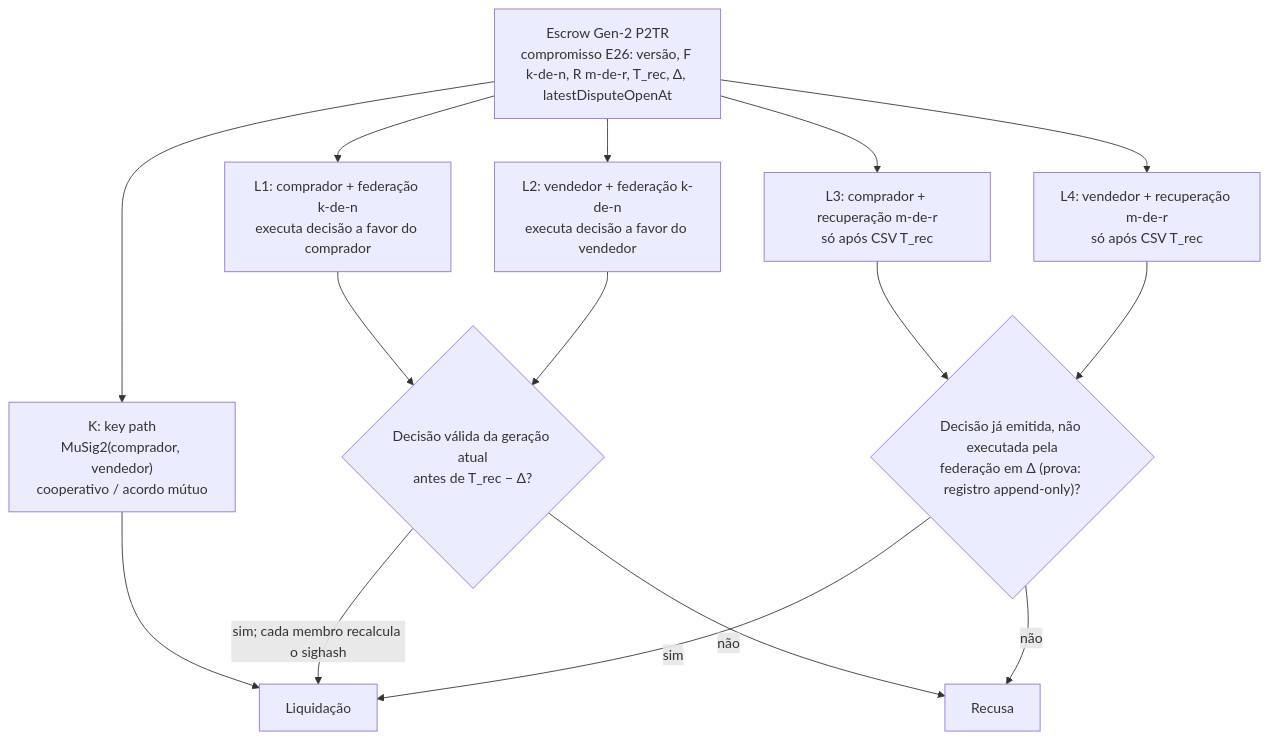
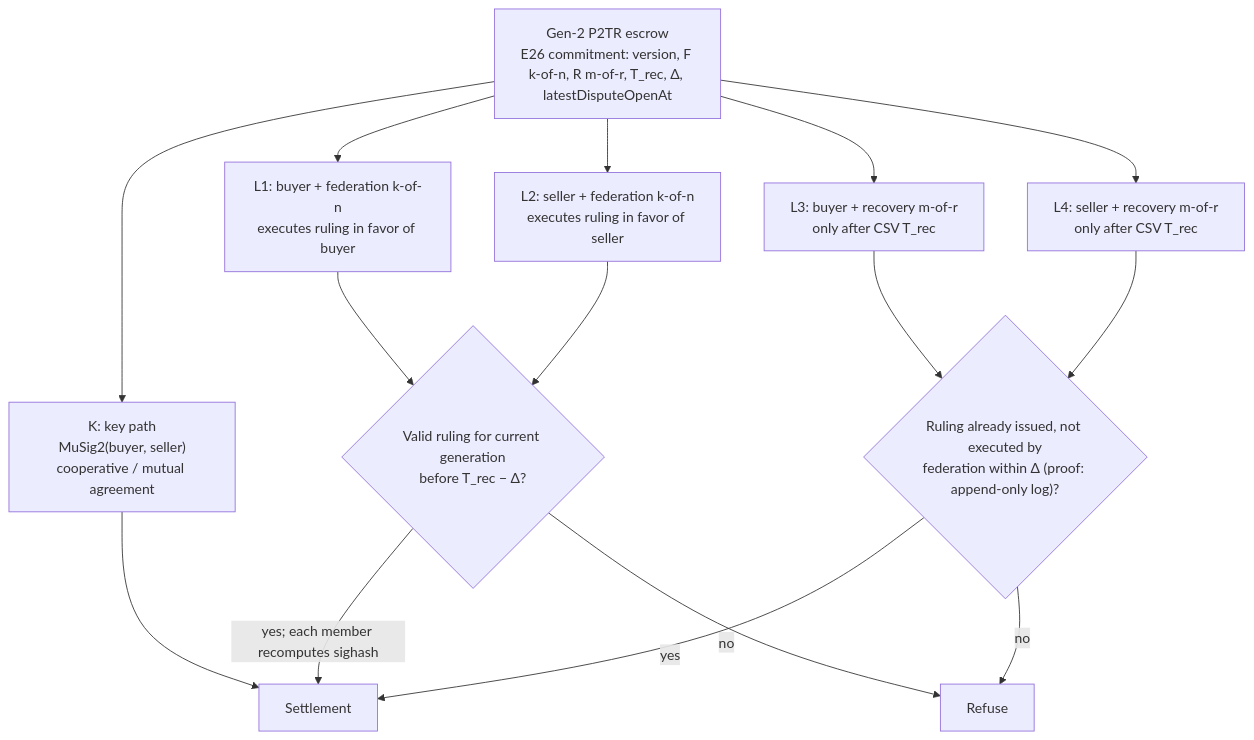
One commit to sails-protocol/Sails-Protocol changed the third of 3 diagrams in docs/architecture/SAILS_SIGNING_FEDERATION/README.md. Above: the diagram before and after it, drawn with Mermaid. The commit also changed other lines of this file, not shown here.

Commit message:
docs(signing-federation): translate governance README and Mermaid diagrams to English

````diff
--- a/docs/architecture/SAILS_SIGNING_FEDERATION/README.md
+++ b/docs/architecture/SAILS_SIGNING_FEDERATION/README.md
@@ -84,18 +84,18 @@
 ```mermaid
 flowchart TD
-  E["Escrow Gen-2 P2TR<br/>compromisso E26: versão, F k-de-n, R m-de-r, T_rec, Δ, latestDisputeOpenAt"]
-  E --> K["K: key path<br/>MuSig2(comprador, vendedor)<br/>cooperativo / acordo mútuo"]
-  E --> L1["L1: comprador + federação k-de-n<br/>executa decisão a favor do comprador"]
-  E --> L2["L2: vendedor + federação k-de-n<br/>executa decisão a favor do vendedor"]
-  E --> L3["L3: comprador + recuperação m-de-r<br/>só após CSV T_rec"]
-  E --> L4["L4: vendedor + recuperação m-de-r<br/>só após CSV T_rec"]
-  L1 --> C1{"Decisão válida da geração atual<br/>antes de T_rec − Δ?"}
+  E["Gen-2 P2TR escrow<br/>E26 commitment: version, F k-of-n, R m-of-r, T_rec, Δ, latestDisputeOpenAt"]
+  E --> K["K: key path<br/>MuSig2(buyer, seller)<br/>cooperative / mutual agreement"]
+  E --> L1["L1: buyer + federation k-of-n<br/>executes ruling in favor of buyer"]
+  E --> L2["L2: seller + federation k-of-n<br/>executes ruling in favor of seller"]
+  E --> L3["L3: buyer + recovery m-of-r<br/>only after CSV T_rec"]
+  E --> L4["L4: seller + recovery m-of-r<br/>only after CSV T_rec"]
+  L1 --> C1{"Valid ruling for current generation<br/>before T_rec − Δ?"}
   L2 --> C1
-  L3 --> C2{"Decisão já emitida, não executada pela<br/>federação em Δ (prova: registro append-only)?"}
+  L3 --> C2{"Ruling already issued, not executed by<br/>federation within Δ (proof: append-only log)?"}
   L4 --> C2
-  C1 -->|"sim; cada membro recalcula o sighash"| Z["Liquidação"]
-  C2 -->|"sim"| Z
-  C1 -->|"não"| X["Recusa"]
-  C2 -->|"não"| X
+  C1 -->|"yes; each member recomputes sighash"| Z["Settlement"]
+  C2 -->|"yes"| Z
+  C1 -->|"no"| X["Refuse"]
+  C2 -->|"no"| X
   K --> Z
 ```
````
